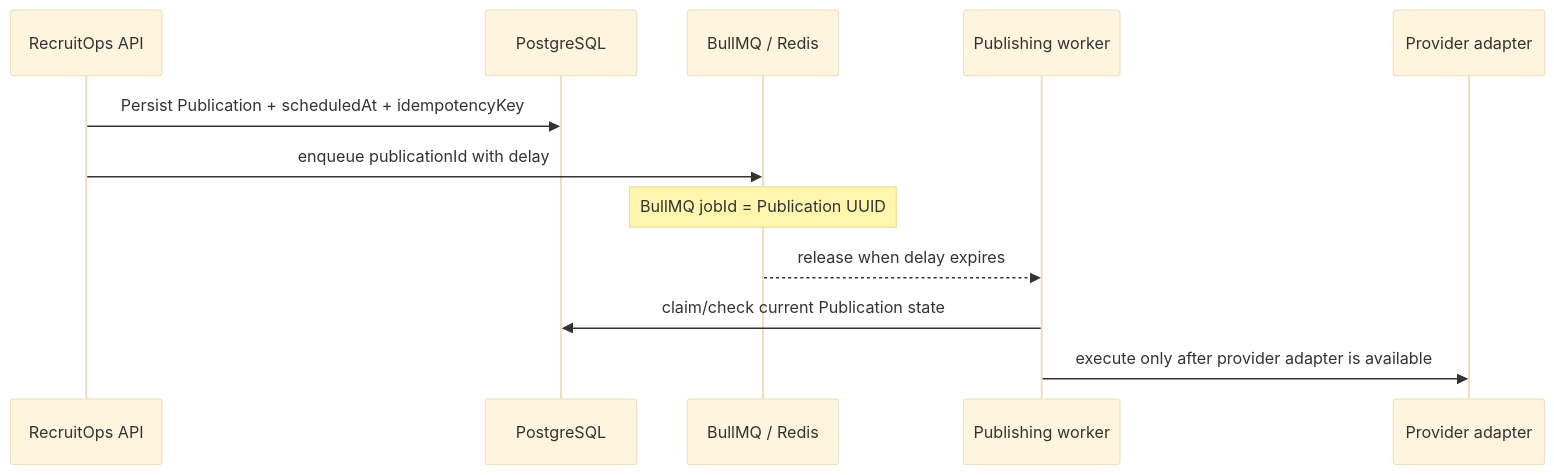
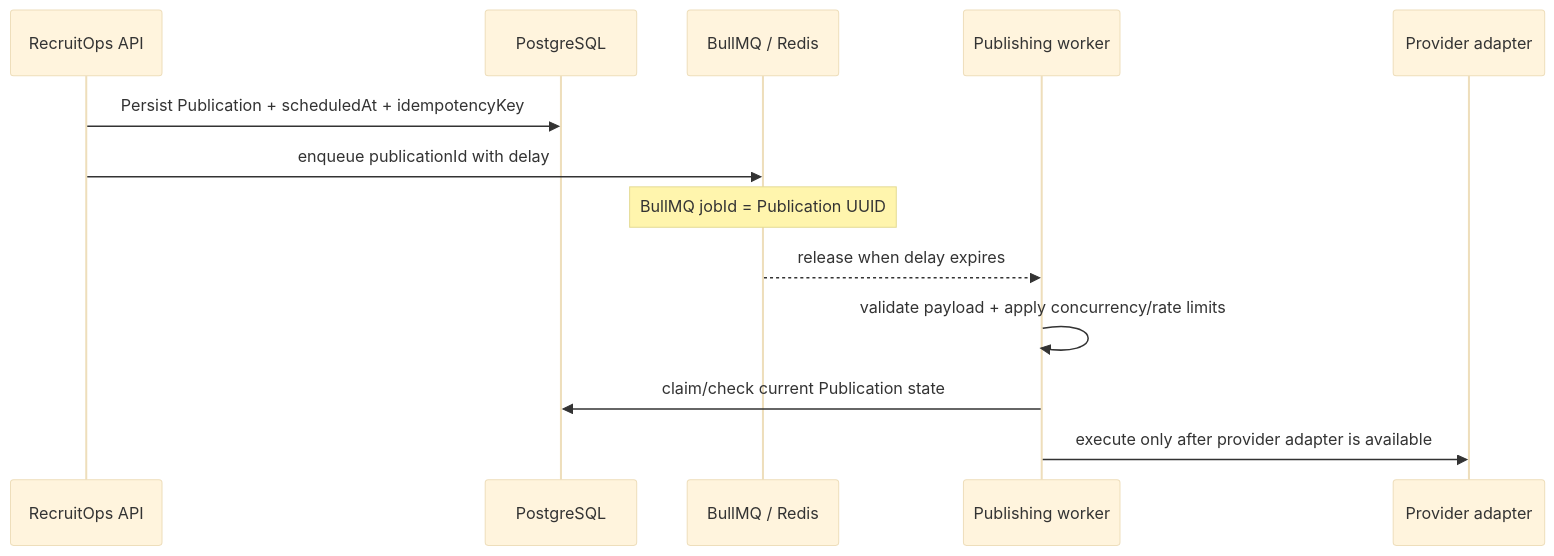
The diagram in docs/architecture/publication-scheduling.md (vitoo16/recruitops-platform), drawn with Mermaid (base theme) before and after one commit. The commit also changed other lines of this file, not shown here.

Commit message:
docs: document publication worker rate limits

````diff
--- a/docs/architecture/publication-scheduling.md
+++ b/docs/architecture/publication-scheduling.md
@@ -9,15 +9,16 @@
 ```mermaid
 sequenceDiagram
     participant API as RecruitOps API
     participant DB as PostgreSQL
     participant Queue as BullMQ / Redis
     participant Worker as Publishing worker
     participant Adapter as Provider adapter
 
     API->>DB: Persist Publication + scheduledAt + idempotencyKey
     API->>Queue: enqueue publicationId with delay
     Note over Queue: BullMQ jobId = Publication UUID
     Queue-->>Worker: release when delay expires
+    Worker->>Worker: validate payload + apply concurrency/rate limits
     Worker->>DB: claim/check current Publication state
     Worker->>Adapter: execute only after provider adapter is available
 ```
````
